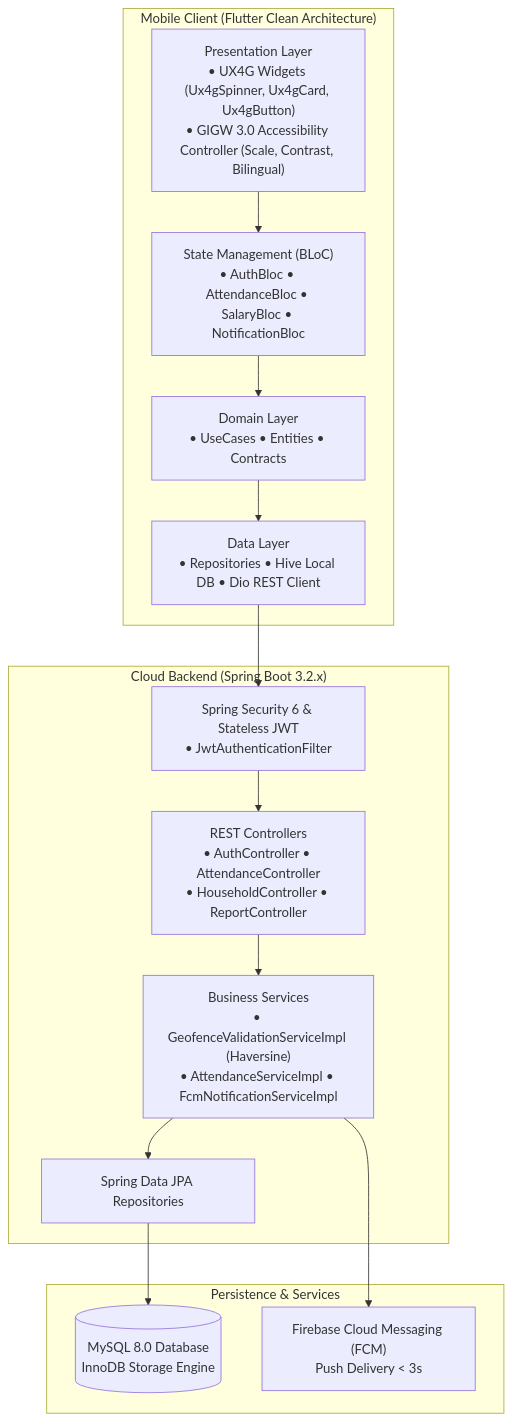
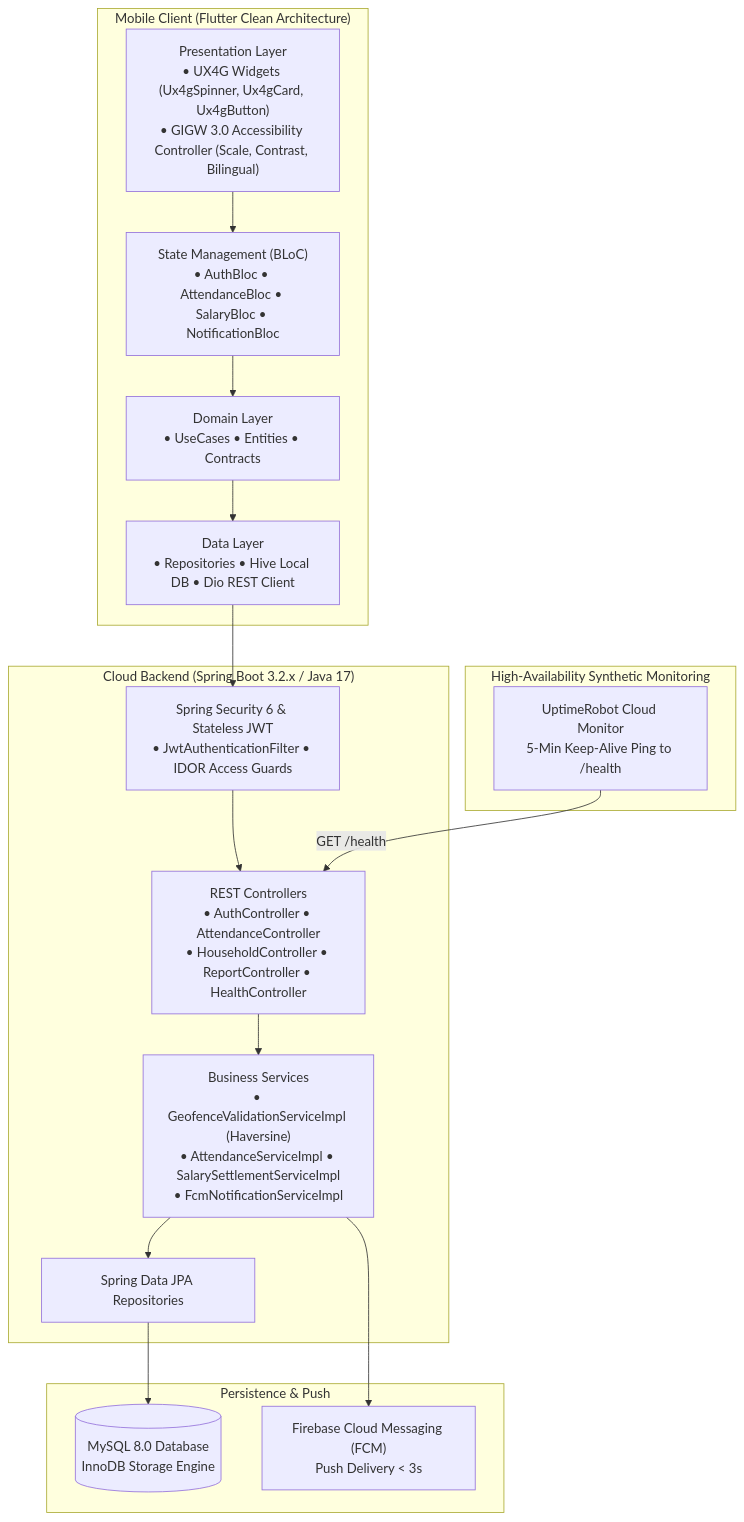
The tenth of 11 diagrams in docs/SAHAYIKA_RFP_FUNCTIONAL_FLOW.md (Anand9120/domestic-maid-attendance), drawn with Mermaid before and after one commit. The commit also changed other lines of this file, not shown here.

Commit message:
docs: update RFP and Functional Flow Specification to v4.0 with security audit, 56 tests, and keep-alive cloud deployment

````diff
--- a/docs/SAHAYIKA_RFP_FUNCTIONAL_FLOW.md
+++ b/docs/SAHAYIKA_RFP_FUNCTIONAL_FLOW.md
@@ -333,31 +348,36 @@
 ```mermaid
 graph TB
     subgraph Frontend["Mobile Client (Flutter Clean Architecture)"]
         UI["Presentation Layer<br>• UX4G Widgets (Ux4gSpinner, Ux4gCard, Ux4gButton)<br>• GIGW 3.0 Accessibility Controller (Scale, Contrast, Bilingual)"]
         BLoC["State Management (BLoC)<br>• AuthBloc • AttendanceBloc • SalaryBloc • NotificationBloc"]
         Domain["Domain Layer<br>• UseCases • Entities • Contracts"]
         Data["Data Layer<br>• Repositories • Hive Local DB • Dio REST Client"]
     end
 
-    subgraph Backend["Cloud Backend (Spring Boot 3.2.x)"]
-        Security["Spring Security 6 & Stateless JWT<br>• JwtAuthenticationFilter"]
-        Controllers["REST Controllers<br>• AuthController • AttendanceController<br>• HouseholdController • ReportController"]
-        Services["Business Services<br>• GeofenceValidationServiceImpl (Haversine)<br>• AttendanceServiceImpl • FcmNotificationServiceImpl"]
+    subgraph Backend["Cloud Backend (Spring Boot 3.2.x / Java 17)"]
+        Security["Spring Security 6 & Stateless JWT<br>• JwtAuthenticationFilter • IDOR Access Guards"]
+        Controllers["REST Controllers<br>• AuthController • AttendanceController<br>• HouseholdController • ReportController • HealthController"]
+        Services["Business Services<br>• GeofenceValidationServiceImpl (Haversine)<br>• AttendanceServiceImpl • SalarySettlementServiceImpl<br>• FcmNotificationServiceImpl"]
         Repos["Spring Data JPA Repositories"]
     end
 
-    subgraph Storage["Persistence & Services"]
+    subgraph KeepAlive["High-Availability Synthetic Monitoring"]
+        UptimeRobot["UptimeRobot Cloud Monitor<br>5-Min Keep-Alive Ping to /health"]
+    end
+
+    subgraph Storage["Persistence & Push"]
         MySQL[("MySQL 8.0 Database<br>InnoDB Storage Engine")]
         FCM["Firebase Cloud Messaging (FCM)<br>Push Delivery < 3s"]
     end
 
     UI --> BLoC
     BLoC --> Domain
     Domain --> Data
     Data --> Security
     Security --> Controllers
     Controllers --> Services
     Services --> Repos
     Repos --> MySQL
     Services --> FCM
+    UptimeRobot -->|GET /health| Controllers
 ```
````
